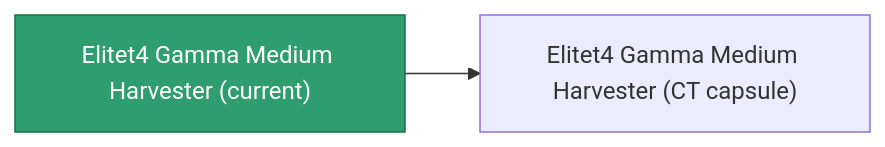
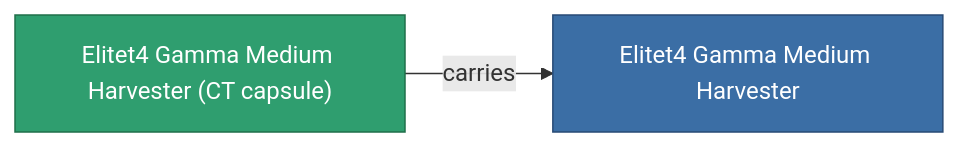
One commit to OpenPerpetuum/Wiki changed the diagram in content/content/items/elitet4_gamma_medium_harvester.md. Above: the diagram before and after it, drawn with Mermaid. The commit also changed other lines of this file and 2015 other files, not shown here.

````diff
--- a/content/content/items/elitet4_gamma_medium_harvester.md
+++ b/content/content/items/elitet4_gamma_medium_harvester.md
@@ -35,8 +35,9 @@
 ```mermaid
 graph LR
-    a["Elitet4 Gamma Medium Harvester (current)"]:::current
-    b["Elitet4 Gamma Medium Harvester (CT capsule)"]
-    a --> b
-    click b "/content/items/elitet4-gamma-medium-harvester-ct-capsule/" "Elitet4 Gamma Medium Harvester (CT capsule)"
+    a["Elitet4 Gamma Medium Harvester (CT capsule)"]:::current
+    b["Elitet4 Gamma Medium Harvester"]:::finished
+    a -->|carries| b
+                click b "/content/items/elitet4-gamma-medium-harvester/" "Elitet4 Gamma Medium Harvester"
     classDef current fill:#2f9e6f,stroke:#1f6f4a,color:#ffffff
+    classDef finished fill:#3b6ea5,stroke:#274a75,color:#ffffff
 ```
````
